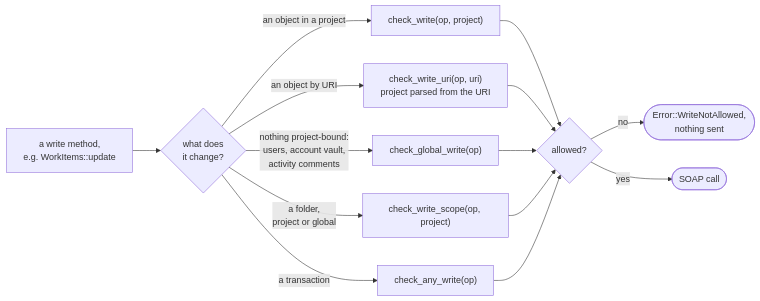
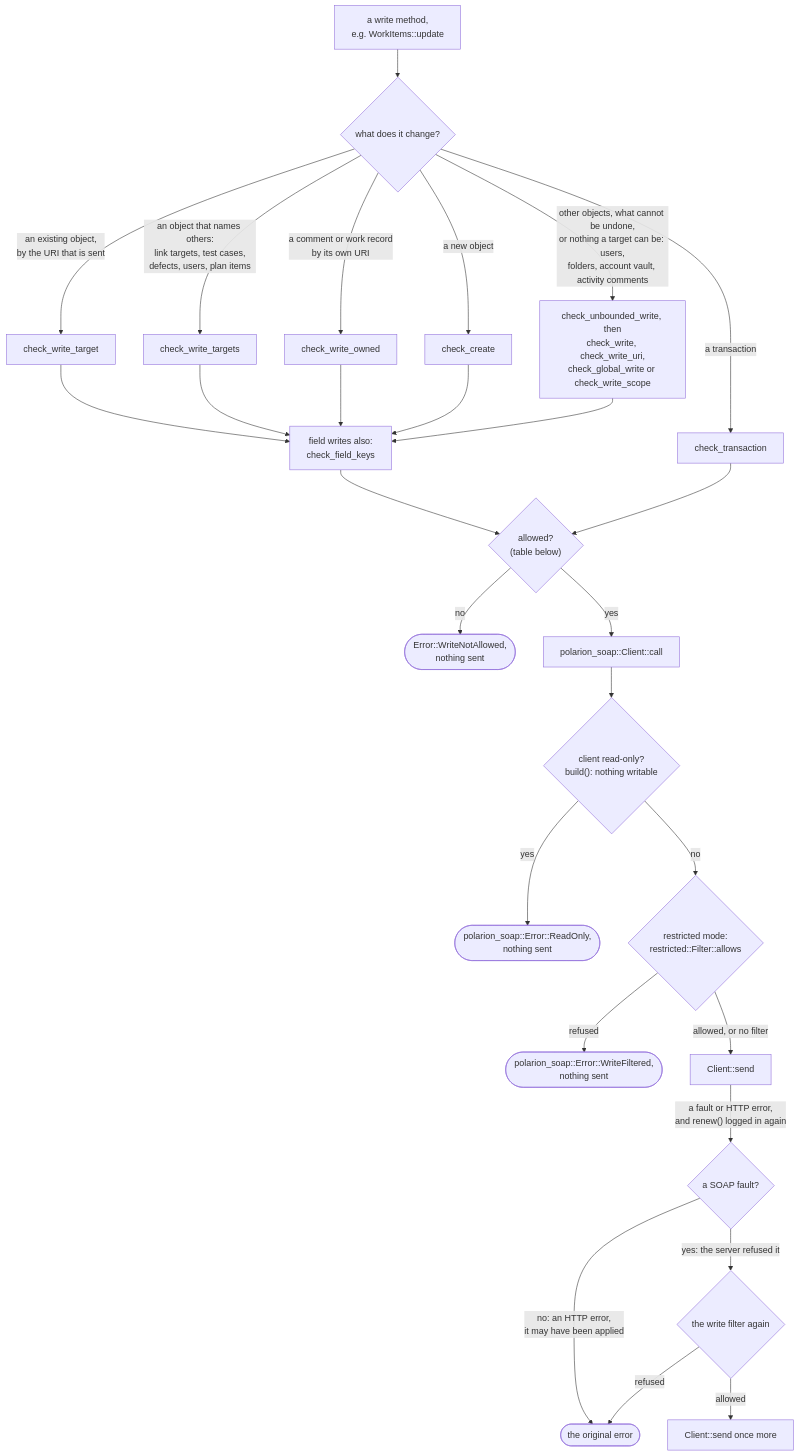
Before and after one commit to KevinGliewe/Polarion-rs: the second of 2 diagrams in docs/library.md, drawn with Mermaid. The commit also changed other lines of this file and 210 other files, not shown here.

````diff
--- a/docs/library.md
+++ b/docs/library.md
@@ -58,12 +82,24 @@
 ```mermaid
-flowchart LR
-    w["a write method,<br/>e.g. WorkItems::update"] --> target{"what does<br/>it change?"}
-    target -- "an object in a project" --> cw["check_write(op, project)"]
-    target -- "an object by URI" --> cwu["check_write_uri(op, uri)<br/>project parsed from the URI"]
-    target -- "nothing project-bound:<br/>users, account vault,<br/>activity comments" --> cgw["check_global_write(op)"]
-    target -- "a folder,<br/>project or global" --> cws["check_write_scope(op, project)"]
-    target -- "a transaction" --> caw["check_any_write(op)"]
-    cw & cwu & cgw & cws & caw --> ok{"allowed?"}
+flowchart TD
+    w["a write method,<br/>e.g. WorkItems::update"] --> kind{"what does it change?"}
+    kind -- "an existing object,<br/>by the URI that is sent" --> t["check_write_target"]
+    kind -- "an object that names others:<br/>link targets, test cases,<br/>defects, users, plan items" --> ts["check_write_targets"]
+    kind -- "a comment or work record<br/>by its own URI" --> o["check_write_owned"]
+    kind -- "a new object" --> c["check_create"]
+    kind -- "other objects, what cannot be undone,<br/>or nothing a target can be: users,<br/>folders, account vault, activity comments" --> u["check_unbounded_write, then<br/>check_write, check_write_uri,<br/>check_global_write or check_write_scope"]
+    kind -- "a transaction" --> tx["check_transaction"]
+    t & ts & o & c & u --> keys["field writes also:<br/>check_field_keys"]
+    keys & tx --> ok{"allowed?<br/>(table below)"}
     ok -- no --> err(["Error::WriteNotAllowed,<br/>nothing sent"])
-    ok -- yes --> send(["SOAP call"])
+    ok -- yes --> sc["polarion_soap::Client::call"]
+    sc --> ro{"client read-only?<br/>build(): nothing writable"}
+    ro -- yes --> roerr(["polarion_soap::Error::ReadOnly,<br/>nothing sent"])
+    ro -- no --> f{"restricted mode:<br/>restricted::Filter::allows"}
+    f -- refused --> ferr(["polarion_soap::Error::WriteFiltered,<br/>nothing sent"])
+    f -- "allowed, or no filter" --> send["Client::send"]
+    send -- "a fault or HTTP error,<br/>and renew() logged in again" --> fault{"a SOAP fault?"}
+    fault -- "no: an HTTP error,<br/>it may have been applied" --> orig(["the original error"])
+    fault -- "yes: the server refused it" --> again{"the write filter again"}
+    again -- refused --> orig
+    again -- allowed --> send2["Client::send once more"]
 ```
````
